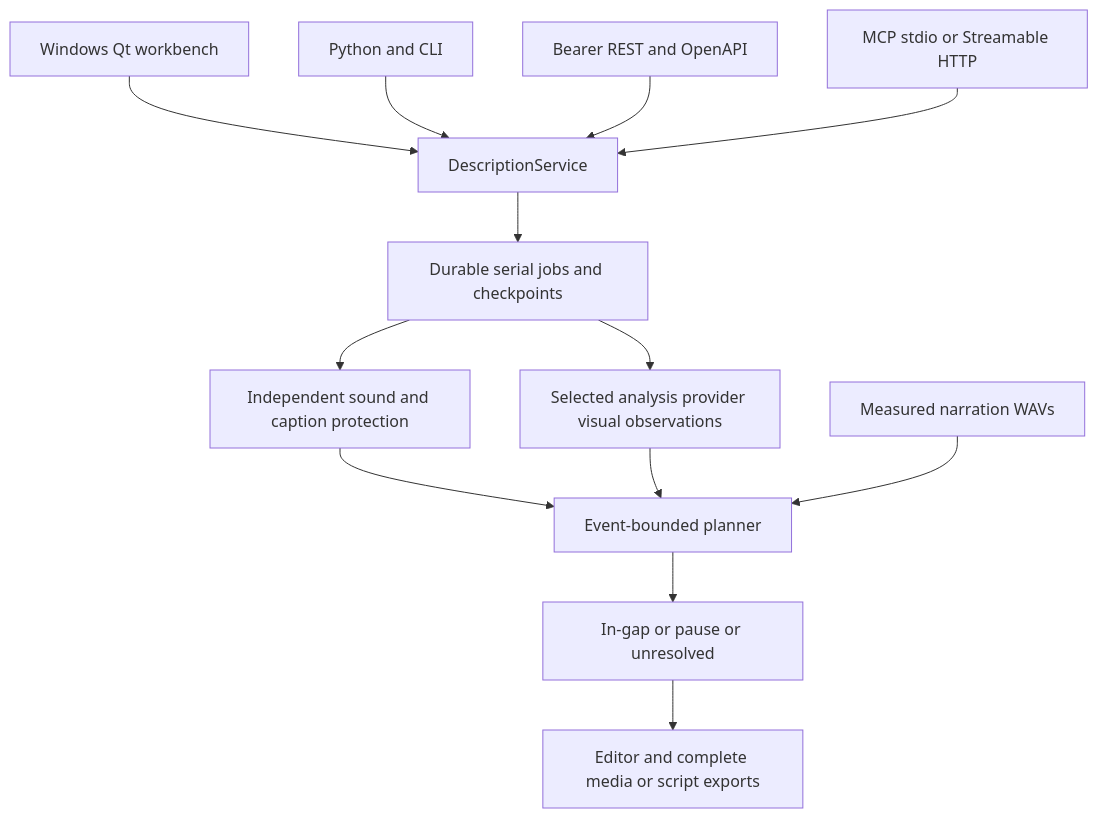
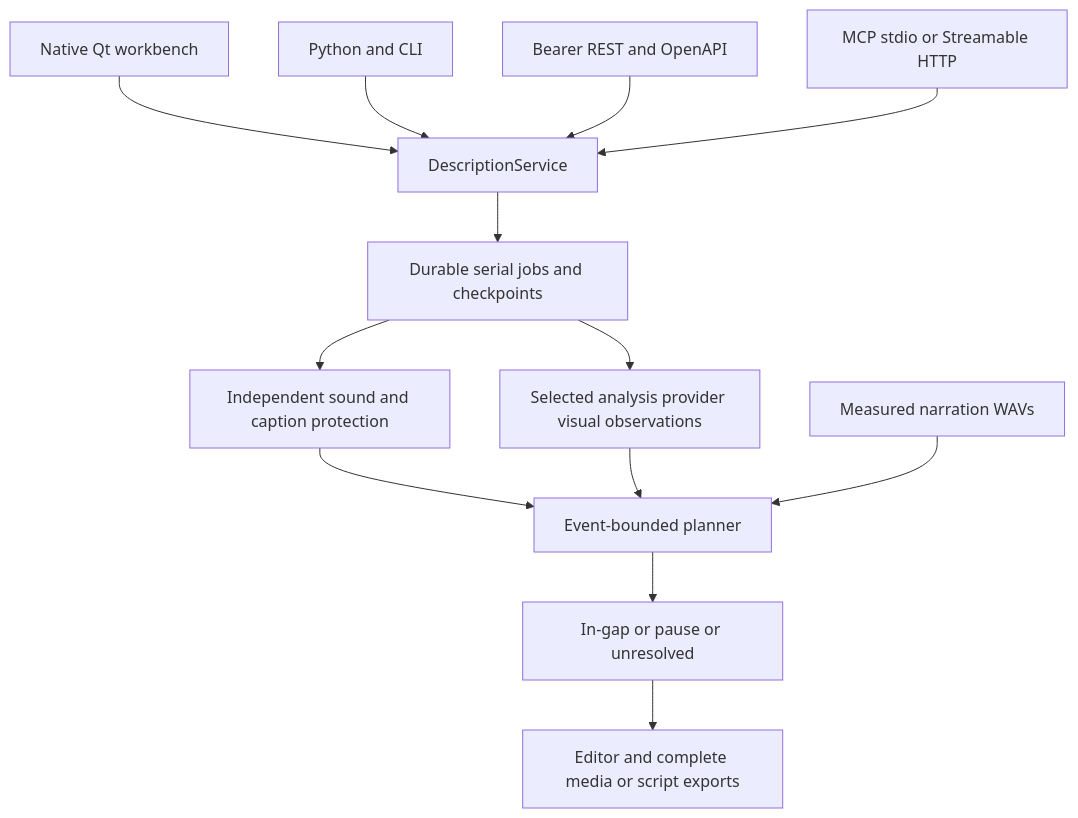
Before and after one commit to scottconverse/Describer-Workbench: the diagram in docs/ARCHITECTURE.md, drawn with Mermaid. The commit also changed other lines of this file and 13 other files, not shown here.

````diff
--- a/docs/ARCHITECTURE.md
+++ b/docs/ARCHITECTURE.md
@@ -19,15 +19,15 @@
 ```mermaid
 flowchart TD
-    UI[Windows Qt workbench] --> E[DescriptionService]
+    UI[Native Qt workbench] --> E[DescriptionService]
     PY[Python and CLI] --> E
     REST[Bearer REST and OpenAPI] --> E
     MCP[MCP stdio or Streamable HTTP] --> E
     E --> J[Durable serial jobs and checkpoints]
     J --> S[Independent sound and caption protection]
     J --> V[Selected analysis provider visual observations]
     S --> P[Event-bounded planner]
     V --> P
     T[Measured narration WAVs] --> P
     P --> O[In-gap or pause or unresolved]
     O --> X[Editor and complete media or script exports]
 ```
````
